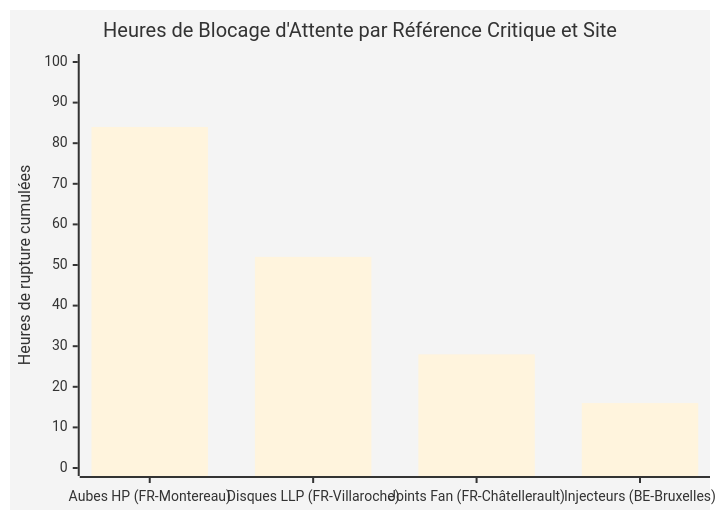
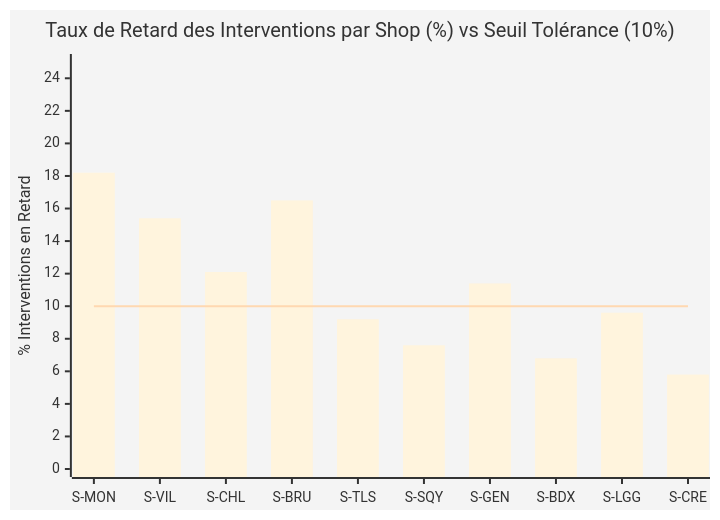
One commit to quangfr/bimaestro changed the ninth of 16 diagrams in content.md. Above: the diagram before and after it, drawn with Mermaid. The commit also changed other lines of this file and 6 other files, not shown here.

````diff
--- a/content.md
+++ b/content.md
@@ -664,8 +631,9 @@
 ```mermaid
 %%{init: {'theme': 'base', 'themeVariables': { 'primaryColor': '#ef4444'}}}%%
 xychart-beta
-    title "Heures de Blocage d'Attente par Référence Critique et Site"
-    x-axis ["Aubes HP (FR-Montereau)", "Disques LLP (FR-Villaroche)", "Joints Fan (FR-Châtellerault)", "Injecteurs (BE-Bruxelles)"]
-    y-axis "Heures de rupture cumulées" 0 --> 100
-    bar [84, 52, 28, 16]
+    title "Taux de Retard des Interventions par Shop (%) vs Seuil Tolérance (10%)"
+    x-axis ["S-MON", "S-VIL", "S-CHL", "S-BRU", "S-TLS", "S-SQY", "S-GEN", "S-BDX", "S-LGG", "S-CRE"]
+    y-axis "% Interventions en Retard" 0 --> 25
+    bar [18.2, 15.4, 12.1, 16.5, 9.2, 7.6, 11.4, 6.8, 9.6, 5.8]
+    line [10, 10, 10, 10, 10, 10, 10, 10, 10, 10]
 ```
````
